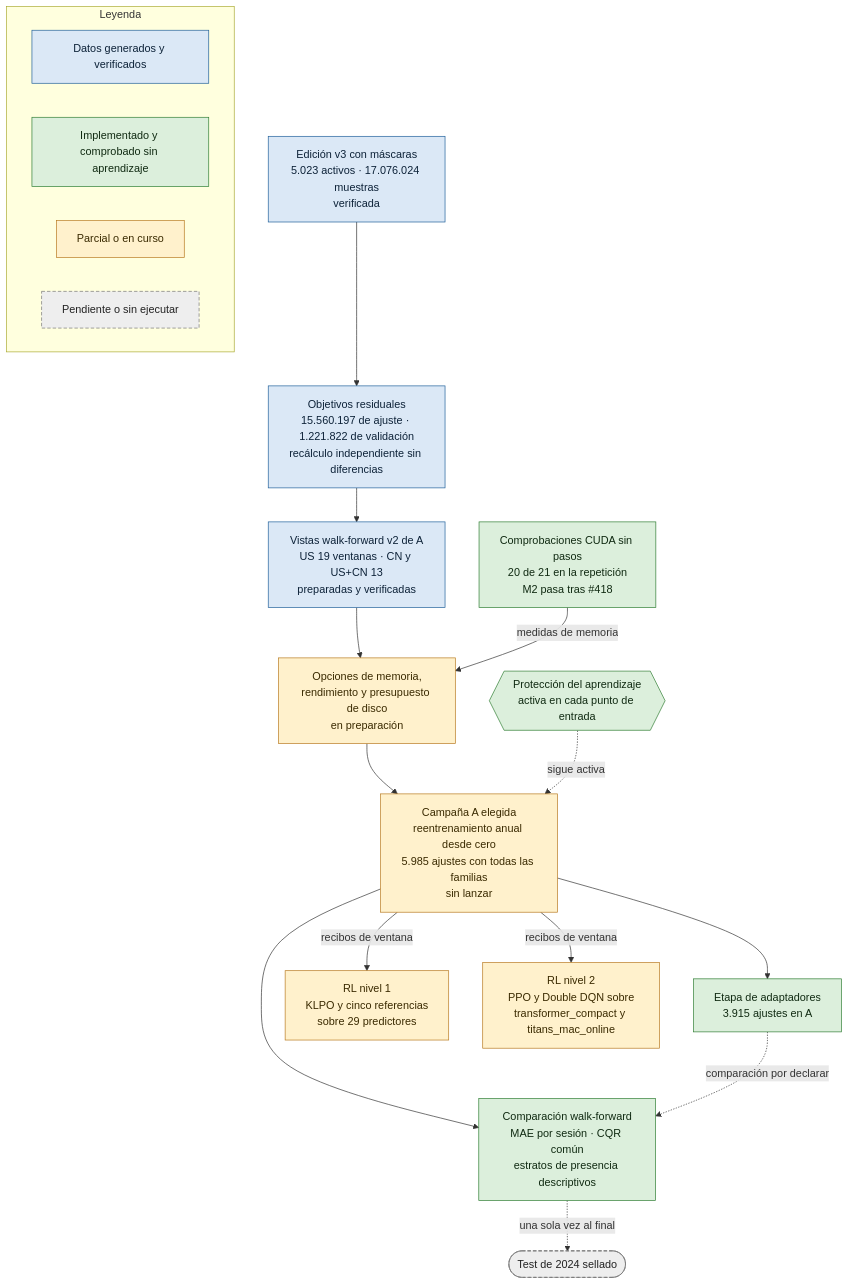
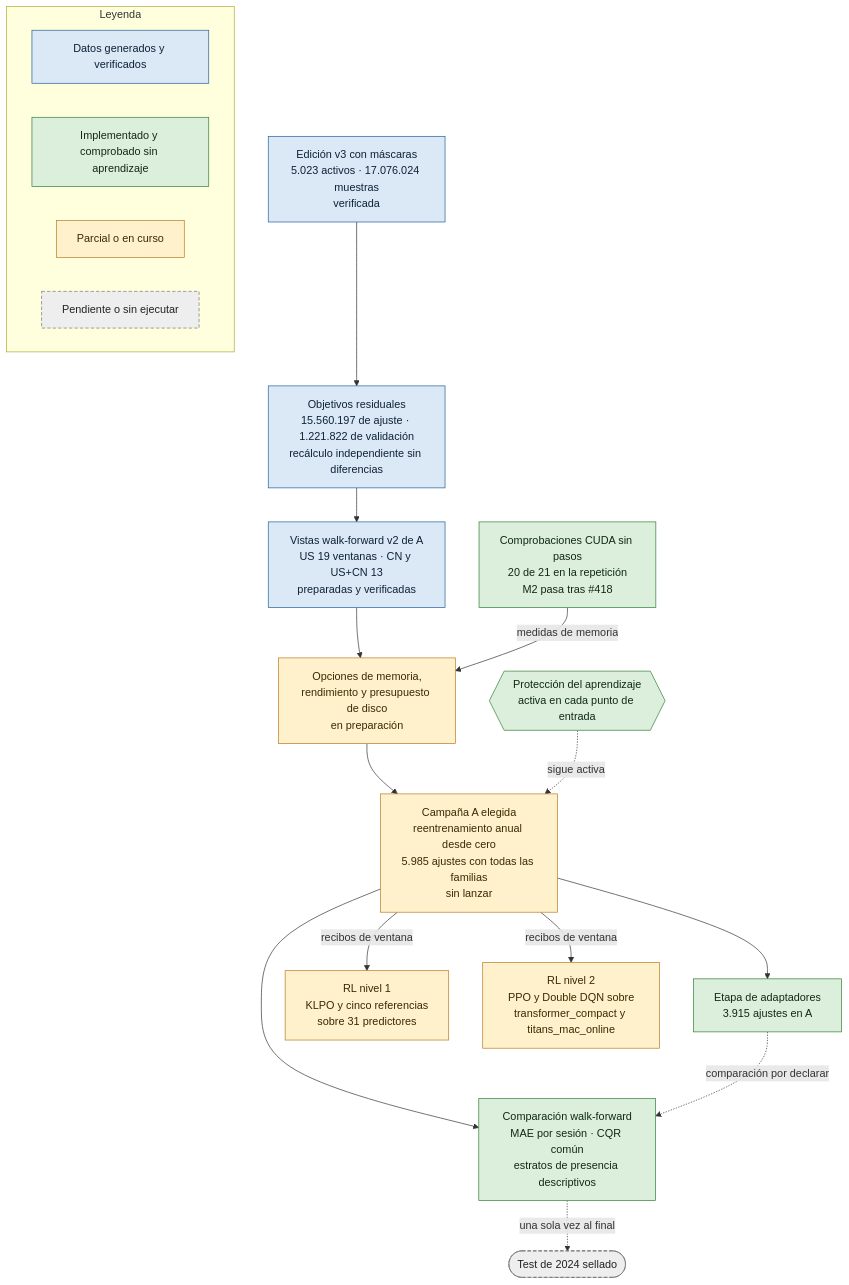
The first of 3 diagrams in README.md (GonxKZ/mars-titan), drawn with Mermaid before and after one commit. The commit also changed other lines of this file and 25 other files, not shown here.

````diff
--- a/README.md
+++ b/README.md
@@ -37,37 +37,37 @@
 ```mermaid
 flowchart TD
     E["Edición v3 con máscaras<br/>5.023 activos · 17.076.024 muestras<br/>verificada"]:::ejecutado
     O["Objetivos residuales<br/>15.560.197 de ajuste · 1.221.822 de validación<br/>recálculo independiente sin diferencias"]:::ejecutado
     H{{"Protección del aprendizaje<br/>activa en cada punto de entrada"}}:::comprobado
     W["Vistas walk-forward v2 de A<br/>US 19 ventanas · CN y US+CN 13<br/>preparadas y verificadas"]:::ejecutado
     K["Comprobaciones CUDA sin pasos<br/>20 de 21 en la repetición<br/>M2 pasa tras #418"]:::comprobado
     Q["Opciones de memoria,<br/>rendimiento y presupuesto de disco<br/>en preparación"]:::parcial
     A["Campaña A elegida<br/>reentrenamiento anual desde cero<br/>5.985 ajustes con todas las familias<br/>sin lanzar"]:::parcial
     P["Etapa de adaptadores<br/>3.915 ajustes en A"]:::comprobado
-    R1["RL nivel 1<br/>KLPO y cinco referencias<br/>sobre 29 predictores"]:::parcial
+    R1["RL nivel 1<br/>KLPO y cinco referencias<br/>sobre 31 predictores"]:::parcial
     R2["RL nivel 2<br/>PPO y Double DQN sobre<br/>transformer_compact y titans_mac_online"]:::parcial
     C["Comparación walk-forward<br/>MAE por sesión · CQR común<br/>estratos de presencia descriptivos"]:::comprobado
     T(["Test de 2024 sellado"]):::pendiente
 
     E --> O --> W --> Q --> A
     K -- medidas de memoria --> Q
     H -. sigue activa .-> A
     A --> P
     A -- recibos de ventana --> R1
     A -- recibos de ventana --> R2
     A --> C
     P -. comparación por declarar .-> C
     C -. una sola vez al final .-> T
 
     subgraph LEY["Leyenda"]
         L0["Datos generados y verificados"]:::ejecutado
         L1["Implementado y comprobado sin aprendizaje"]:::comprobado
         L2["Parcial o en curso"]:::parcial
         L3["Pendiente o sin ejecutar"]:::pendiente
     end
 
     classDef ejecutado fill:#dbe8f6,stroke:#1f5f99,color:#0d2238
     classDef comprobado fill:#dcefdc,stroke:#2e7d32,color:#102a12
     classDef parcial fill:#fff1cc,stroke:#b7791f,color:#3a2a00
     classDef pendiente fill:#eeeeee,stroke:#757575,color:#222222,stroke-dasharray:5 3
 ```
````
